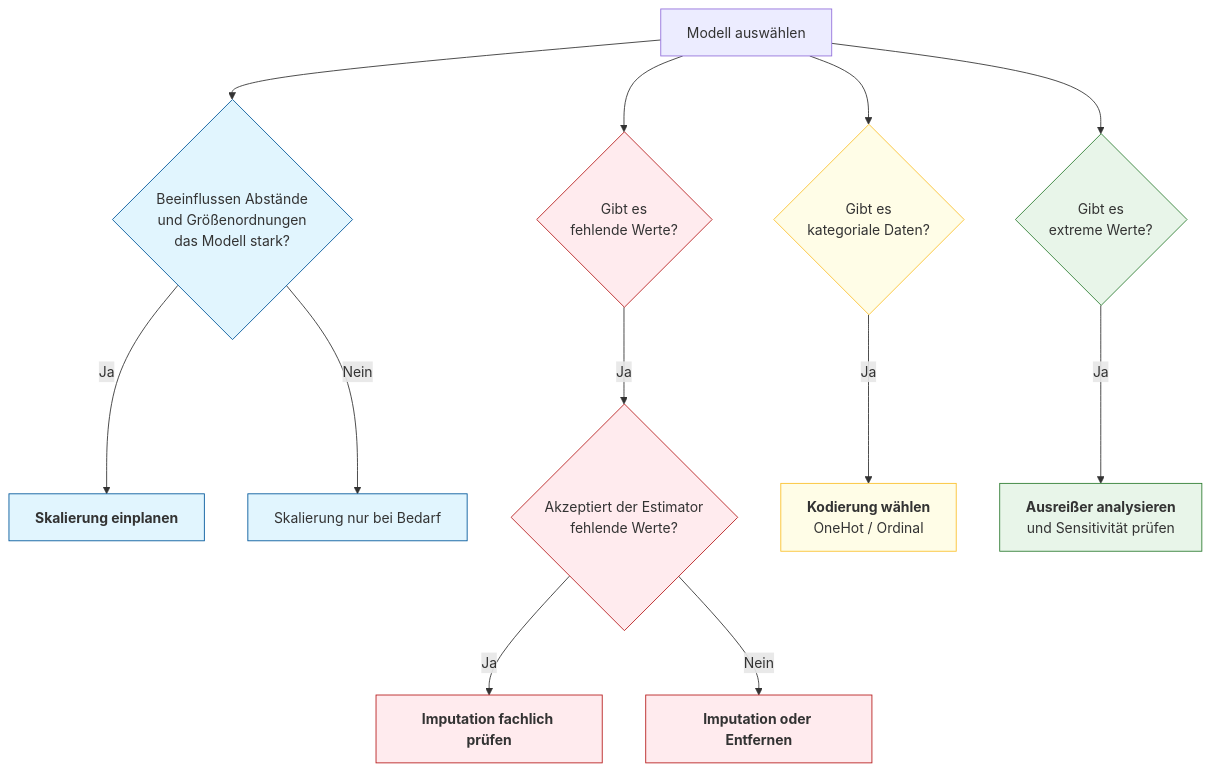
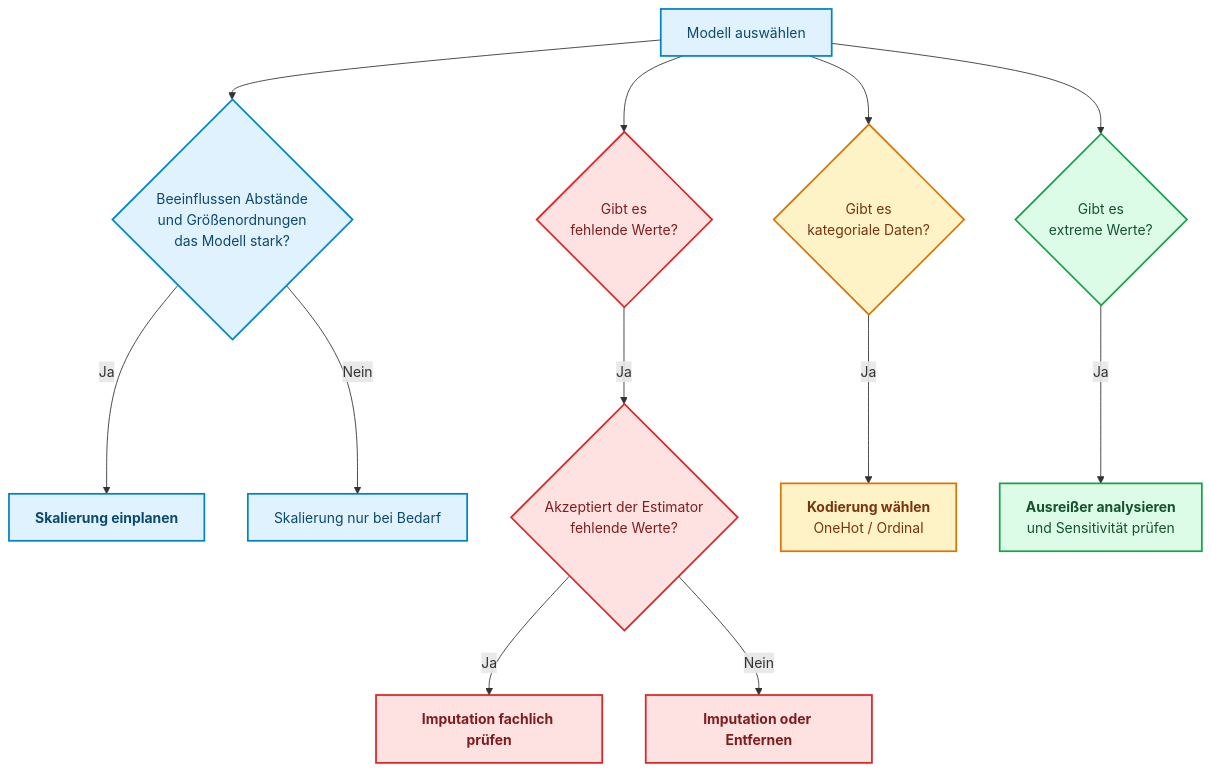
Before and after one commit to ralf-42/ML_Intro: the diagram in docs/concepts/prepare/prepare_nach_modell.md, drawn with Mermaid. The commit also changed 67 other files, not shown here.

````diff
--- a/docs/concepts/prepare/prepare_nach_modell.md
+++ b/docs/concepts/prepare/prepare_nach_modell.md
@@ -30,40 +30,36 @@
 ```mermaid
 flowchart TD
 
     %% Startpunkt
     A[Modell auswählen]
 
     %% Zweig 1: Skalierung (Blau)
     A --> B{Beeinflussen Abstände<br/>und Größenordnungen<br/>das Modell stark?}
     B -->|Ja| C[<b>Skalierung einplanen</b>]
     B -->|Nein| D[Skalierung nur bei Bedarf]
     
-    style B fill:#e1f5fe,stroke:#01579b
-    style C fill:#e1f5fe,stroke:#01579b
-    style D fill:#e1f5fe,stroke:#01579b
 
     %% Zweig 2: Fehlende Werte (Rot)
     A --> E{Gibt es<br/>fehlende Werte?}
     E -->|Ja| F{Akzeptiert der Estimator<br/>fehlende Werte?}
     F -->|Ja| G[<b>Imputation fachlich prüfen</b>]
     F -->|Nein| H[<b>Imputation oder Entfernen</b>]
     
-    style E fill:#ffebee,stroke:#b71c1c
-    style F fill:#ffebee,stroke:#b71c1c
-    style G fill:#ffebee,stroke:#b71c1c
-    style H fill:#ffebee,stroke:#b71c1c
 
     %% Zweig 3: Kategorien (Gelb/Gold)
     A --> I{Gibt es<br/>kategoriale Daten?}
     I -->|Ja| J[<b>Kodierung wählen</b><br/>OneHot / Ordinal]
     
-    style I fill:#fffde7,stroke:#fbc02d
-    style J fill:#fffde7,stroke:#fbc02d
 
     %% Zweig 4: Ausreißer (Grün)
     A --> K{Gibt es<br/>extreme Werte?}
     K -->|Ja| L[<b>Ausreißer analysieren</b><br/>und Sensitivität prüfen]
 
-    style K fill:#e8f5e9,stroke:#2e7d32
-    style L fill:#e8f5e9,stroke:#2e7d32
+    classDef default fill:#e0f2fe,stroke:#0284c7,stroke-width:2px,color:#0c4a6e;
+    classDef metric fill:#fef3c7,stroke:#d97706,stroke-width:2px,color:#78350f;
+    classDef output fill:#dcfce7,stroke:#16a34a,stroke-width:2px,color:#14532d;
+    classDef stop fill:#fee2e2,stroke:#dc2626,stroke-width:2px,color:#7f1d1d;
+    class I,J metric;
+    class K,L output;
+    class E,F,G,H stop;
 ```
````
